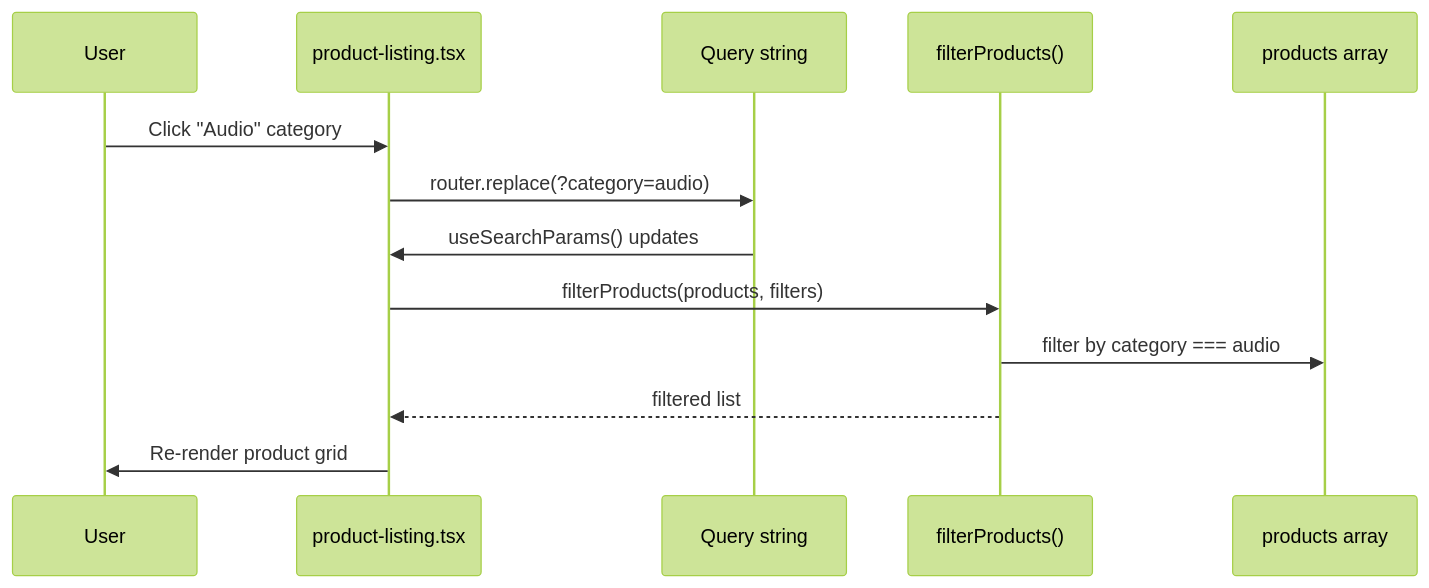
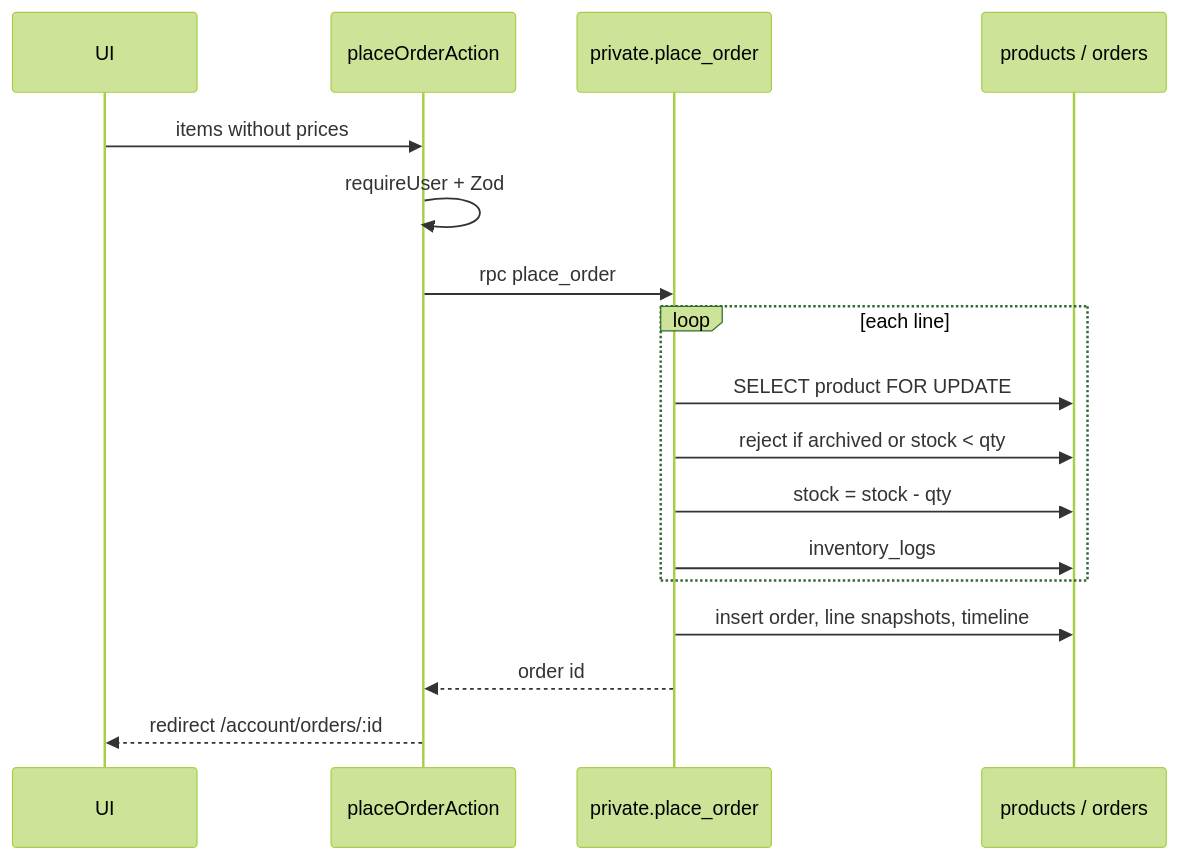
One commit to ismailtaha12/Nova-Ecommerce changed the third of 3 diagrams in CODE_OVERVIEW.md. Above: the diagram before and after it, drawn with Mermaid (forest theme). The commit also changed other lines of this file and 105 other files, not shown here.

````diff
--- a/CODE_OVERVIEW.md
+++ b/CODE_OVERVIEW.md
@@ -271,16 +204,20 @@
 ```mermaid
 sequenceDiagram
-  participant User
-  participant UI as product-listing.tsx
-  participant URL as Query string
-  participant Fn as filterProducts()
-  participant Data as products array
+  participant UI
+  participant Action as placeOrderAction
+  participant RPC as private.place_order
+  participant DB as products / orders
 
-  User->>UI: Click "Audio" category
-  UI->>URL: router.replace(?category=audio)
-  URL->>UI: useSearchParams() updates
-  UI->>Fn: filterProducts(products, filters)
-  Fn->>Data: filter by category === audio
-  Fn-->>UI: filtered list
-  UI->>User: Re-render product grid
+  UI->>Action: items without prices
+  Action->>Action: requireUser + Zod
+  Action->>RPC: rpc place_order
+  loop each line
+    RPC->>DB: SELECT product FOR UPDATE
+    RPC->>DB: reject if archived or stock < qty
+    RPC->>DB: stock = stock - qty
+    RPC->>DB: inventory_logs
+  end
+  RPC->>DB: insert order, line snapshots, timeline
+  RPC-->>Action: order id
+  Action-->>UI: redirect /account/orders/:id
 ```
````
